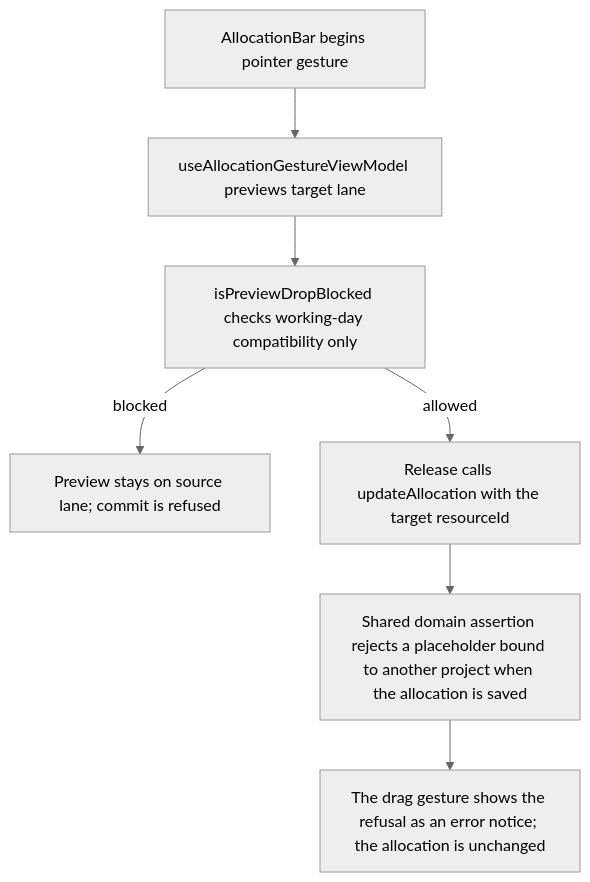
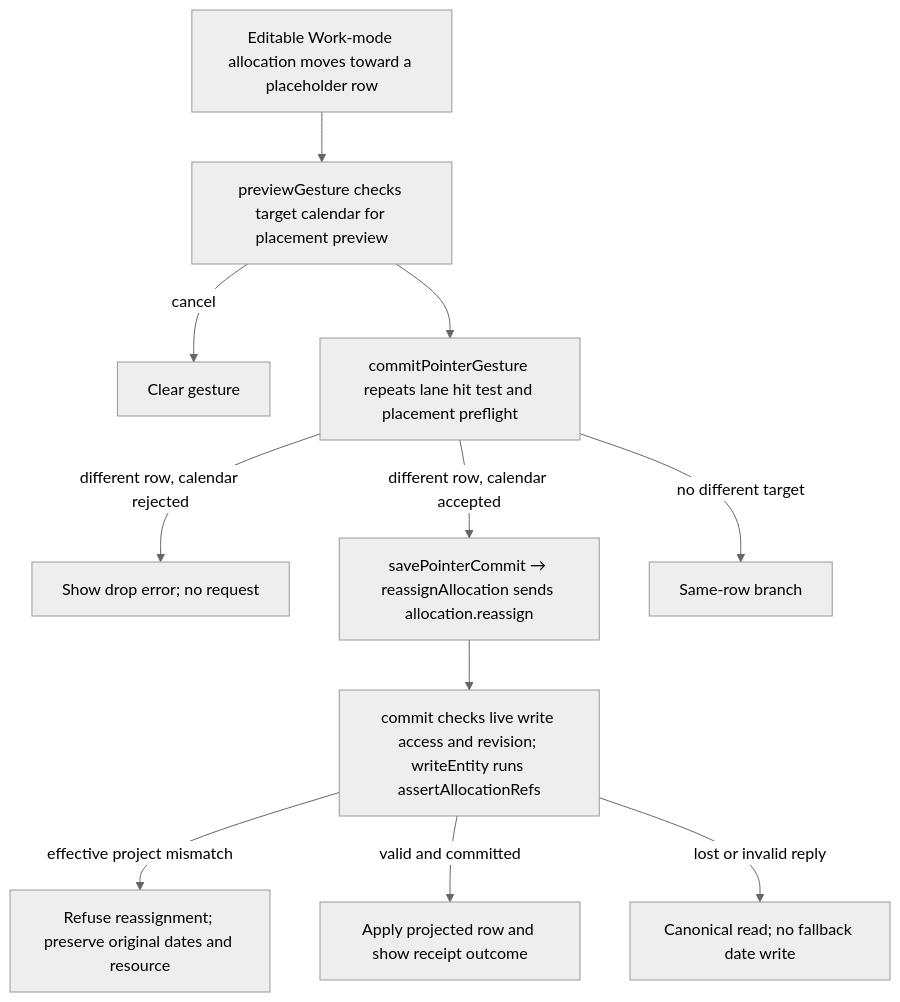
Before and after one commit to Kevinjohn/capacitylens: the second of 2 diagrams in user-stories/scheduler/US-SCH-07-placeholder-reassign-reject.md, drawn with Mermaid (neutral theme). The commit also changed other lines of this file and 172 other files, not shown here.

Commit message:
docs: reconcile user story code flows with source

````diff
--- a/user-stories/scheduler/US-SCH-07-placeholder-reassign-reject.md
+++ b/user-stories/scheduler/US-SCH-07-placeholder-reassign-reject.md
@@ -33,9 +33,13 @@
 ```mermaid
 flowchart TD
-  A["AllocationBar begins pointer gesture"] --> B["useAllocationGestureViewModel previews target lane"]
-  B --> C["isPreviewDropBlocked checks working-day compatibility only"]
-  C -->|blocked| D["Preview stays on source lane; commit is refused"]
-  C -->|allowed| E["Release calls updateAllocation with the target resourceId"]
-  E --> F["Shared domain assertion rejects a placeholder bound to another project when the allocation is saved"]
-  F --> G["The drag gesture shows the refusal as an error notice; the allocation is unchanged"]
+  Bar["Editable Work-mode allocation moves toward a placeholder row"] --> Preview["previewGesture checks target calendar for placement preview"]
+  Preview -->|cancel| None["Clear gesture"]
+  Preview --> Release["commitPointerGesture repeats lane hit test and placement preflight"]
+  Release -->|different row, calendar rejected| Notice["Show drop error; no request"]
+  Release -->|different row, calendar accepted| Send["savePointerCommit → reassignAllocation sends allocation.reassign"]
+  Release -->|no different target| Other["Same-row branch"]
+  Send --> Commit["commit checks live write access and revision; writeEntity runs assertAllocationRefs"]
+  Commit -->|effective project mismatch| Refuse["Refuse reassignment; preserve original dates and resource"]
+  Commit -->|valid and committed| Done["Apply projected row and show receipt outcome"]
+  Commit -->|lost or invalid reply| Unknown["Canonical read; no fallback date write"]
 ```
````
